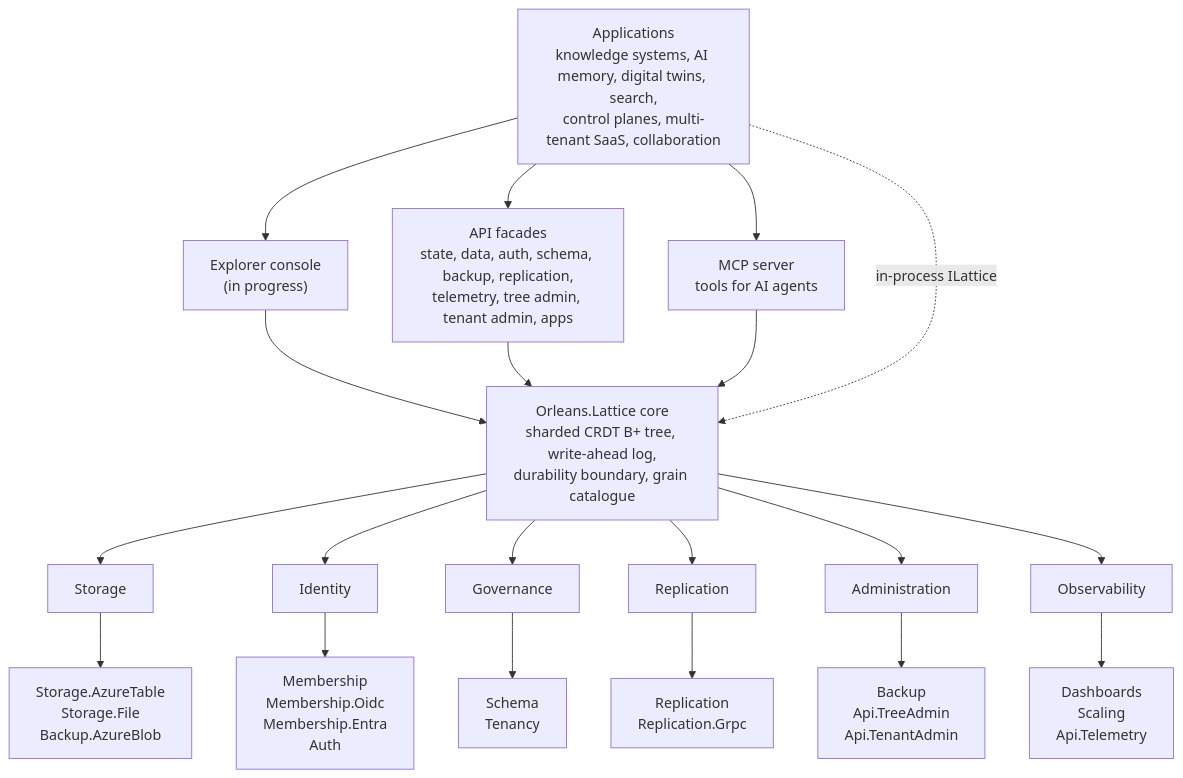
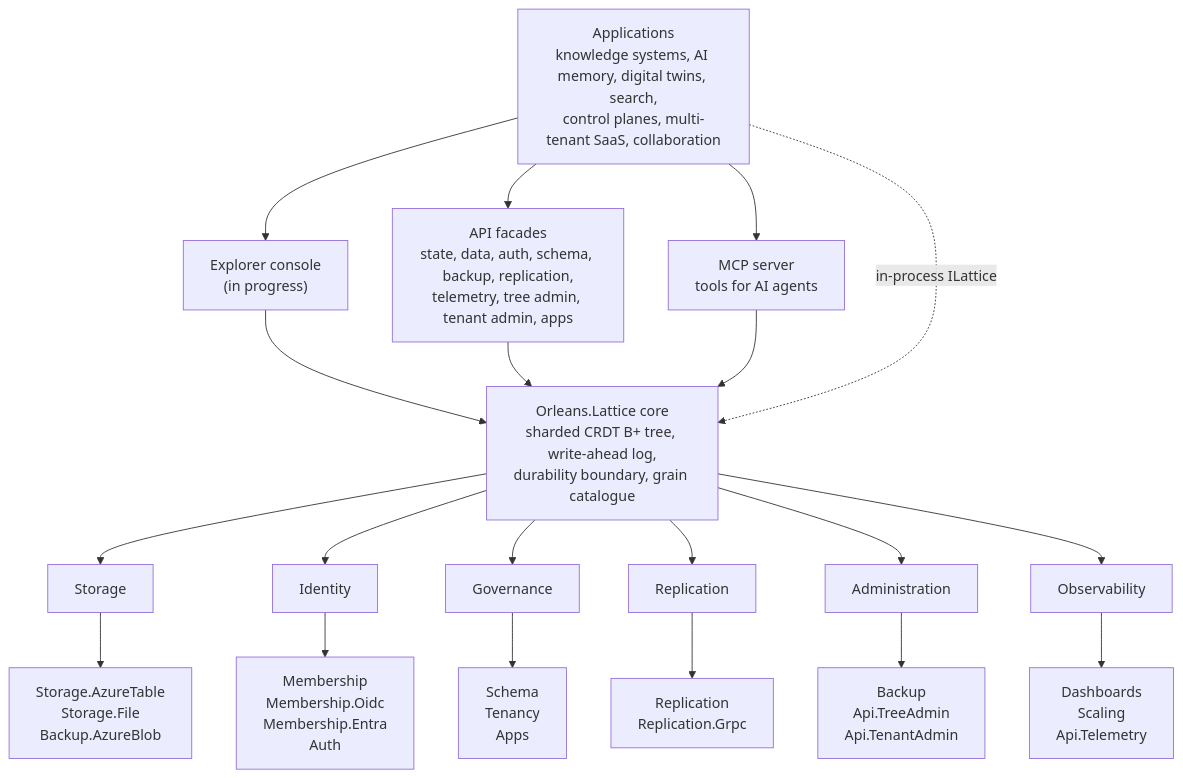
Before and after one commit to NSTA1/Orleans.Lattice: the diagram in README.md, drawn with Mermaid. The commit also changed 332 other files, not shown here.

````diff
--- a/README.md
+++ b/README.md
@@ -182,29 +182,29 @@
 ```mermaid
 flowchart TD
     App["Applications<br/>knowledge systems, AI memory, digital twins, search,<br/>control planes, multi-tenant SaaS, collaboration"]
 
     App --> Explorer["Explorer console<br/>(in progress)"]
     App --> Apis["API facades<br/>state, data, auth, schema, backup, replication,<br/>telemetry, tree admin, tenant admin, apps"]
     App --> Mcp["MCP server<br/>tools for AI agents"]
 
     Explorer --> Core
     Apis --> Core
     Mcp --> Core
     App -. "in-process ILattice" .-> Core
 
     Core["Orleans.Lattice core<br/>sharded CRDT B+ tree, write-ahead log,<br/>durability boundary, grain catalogue"]
 
     Core --> Storage["Storage"]
     Core --> Identity["Identity"]
     Core --> Governance["Governance"]
     Core --> Replication["Replication"]
     Core --> Administration["Administration"]
     Core --> Observability["Observability"]
 
     Storage --> StoragePkgs["Storage.AzureTable<br/>Storage.File<br/>Backup.AzureBlob"]
     Identity --> IdentityPkgs["Membership<br/>Membership.Oidc<br/>Membership.Entra<br/>Auth"]
-    Governance --> GovernancePkgs["Schema<br/>Tenancy"]
+    Governance --> GovernancePkgs["Schema<br/>Tenancy<br/>Apps"]
     Replication --> ReplicationPkgs["Replication<br/>Replication.Grpc"]
     Administration --> AdminPkgs["Backup<br/>Api.TreeAdmin<br/>Api.TenantAdmin"]
     Observability --> ObsPkgs["Dashboards<br/>Scaling<br/>Api.Telemetry"]
 ```
````
